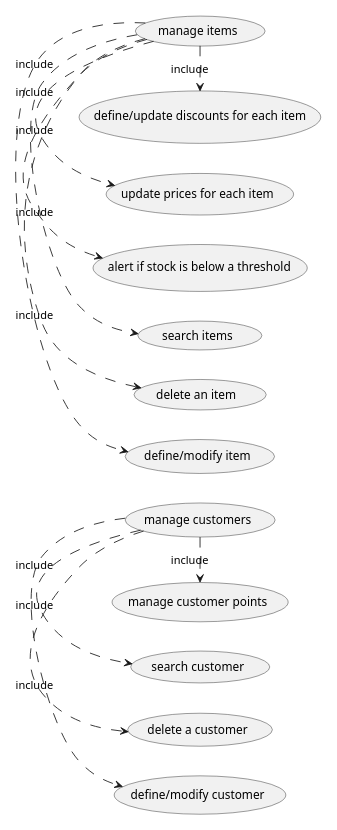
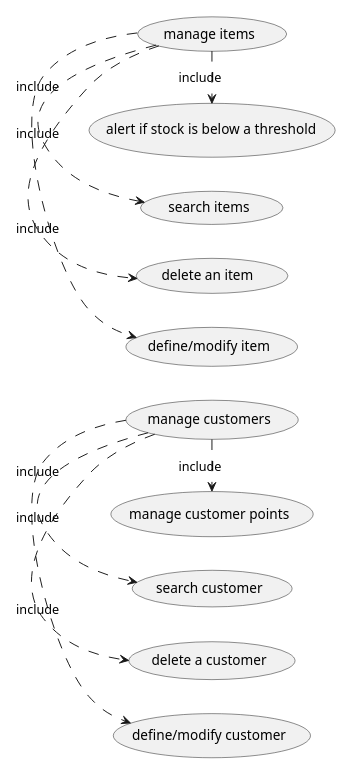
Before and after one commit to djemar/softeng_ezshop: the third of 6 diagrams in Deliverables/RequirementsDocument.md, drawn with PlantUML. The commit also changed other lines of this file, not shown here.

Commit message:
deployment diagram modified

````diff
--- a/Deliverables/RequirementsDocument.md
+++ b/Deliverables/RequirementsDocument.md
@@ -230,16 +228,15 @@
 ```plantuml
 
 left to right direction
 scale 225 width
 
 (manage customers) .> (define/modify customer) : include
 (manage customers) .> (delete a customer) : include
 (manage customers) .> (search customer) : include
 (manage customers) .> (manage customer points) : include
 (manage items) .> (define/modify item) : include
 (manage items) .> (delete an item ) : include
 (manage items) .> (search items) : include
 (manage items) .> (alert if stock is below a threshold) : include
-(manage items) .> (update prices for each item) : include
-(manage items) .> (define/update discounts for each item) : include
+
 ```
````
